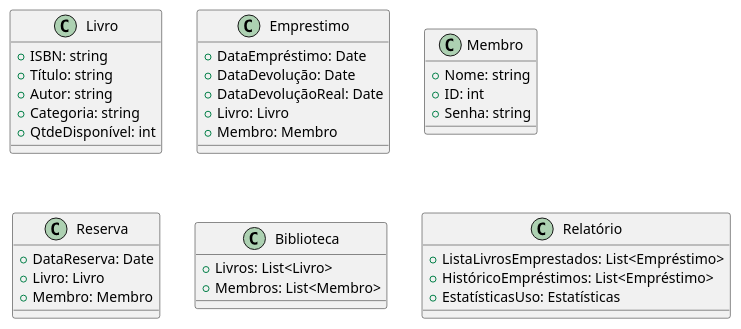
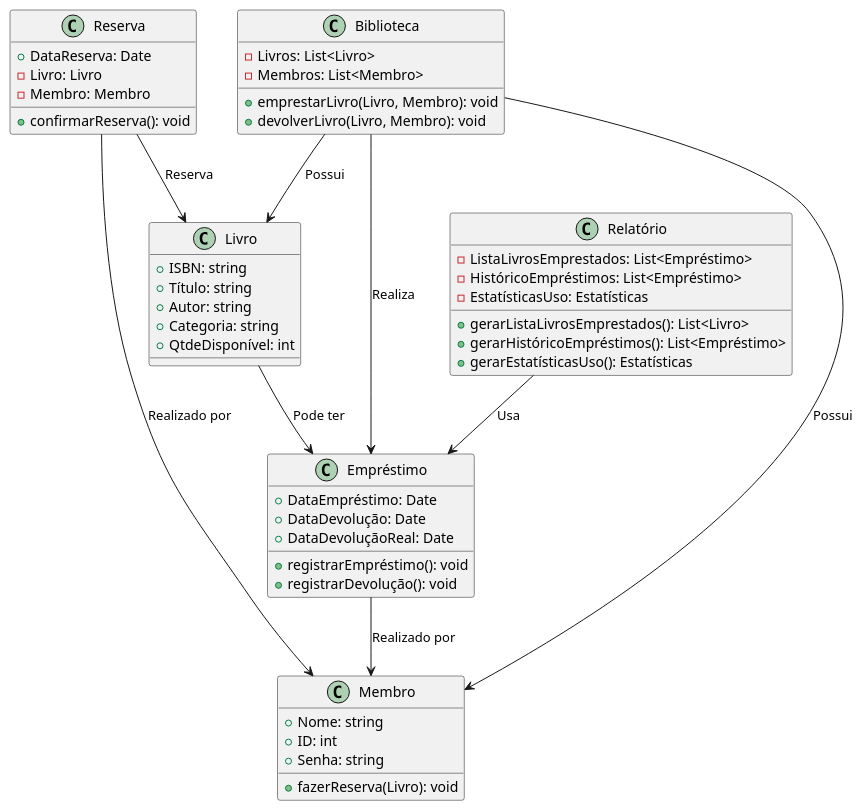
The diagram in DiagramaClass.puml (Gsousacod/Diagrama), drawn with PlantUML before and after one commit. The commit also changed 2 other files, not shown here.

```diff
--- a/DiagramaClass.puml
+++ b/DiagramaClass.puml
@@ -1,37 +2,56 @@
 @startuml DiagramaDeClasse
-    class Livro{
-        + ISBN: string
-        + Título: string
-        + Autor: string
-        + Categoria: string
-        + QtdeDisponível: int
-    }
-    class Emprestimo{
-        + DataEmpréstimo: Date
-        + DataDevolução: Date
-        + DataDevoluçãoReal: Date
-        + Livro: Livro
-        + Membro: Membro
-    }
-    class Membro{
-        + Nome: string
-        + ID: int
-        + Senha: string
-    }
-    class Reserva{
-        + DataReserva: Date
-        + Livro: Livro
-        + Membro: Membro
-    }
-    class Biblioteca{
-        + Livros: List<Livro>
-        + Membros: List<Membro>
-    }
-    class Relatório{
-        + ListaLivrosEmprestados: List<Empréstimo>
-        + HistóricoEmpréstimos: List<Empréstimo>
-        + EstatísticasUso: Estatísticas
-    }
+class Livro {
+    + ISBN: string
+    + Título: string
+    + Autor: string
+    + Categoria: string
+    + QtdeDisponível: int
+}
 
+class Empréstimo {
+    + DataEmpréstimo: Date
+    + DataDevolução: Date
+    + DataDevoluçãoReal: Date
+    + registrarEmpréstimo(): void
+    + registrarDevolução(): void
+}
 
+class Membro {
+    + Nome: string
+    + ID: int
+    + Senha: string
+    + fazerReserva(Livro): void
+}
+
+class Reserva {
+    + DataReserva: Date
+    + confirmarReserva(): void
+    - Livro: Livro
+    - Membro: Membro
+}
+
+class Biblioteca {
+    - Livros: List<Livro>
+    - Membros: List<Membro>
+    + emprestarLivro(Livro, Membro): void
+    + devolverLivro(Livro, Membro): void
+}
+
+class Relatório {
+    - ListaLivrosEmprestados: List<Empréstimo>
+    - HistóricoEmpréstimos: List<Empréstimo>
+    - EstatísticasUso: Estatísticas
+    + gerarListaLivrosEmprestados(): List<Livro>
+    + gerarHistóricoEmpréstimos(): List<Empréstimo>
+    + gerarEstatísticasUso(): Estatísticas
+}
+
+Livro --> Empréstimo : "Pode ter"
+Empréstimo --> Membro : "Realizado por"
+Reserva --> Membro : "Realizado por"
+Reserva --> Livro : "Reserva"
+Biblioteca --> Livro : "Possui"
+Biblioteca --> Membro : "Possui"
+Biblioteca --> Empréstimo : "Realiza"
+Relatório --> Empréstimo : "Usa"
 @enduml
```
